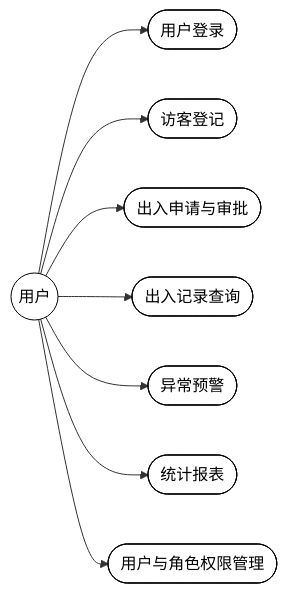
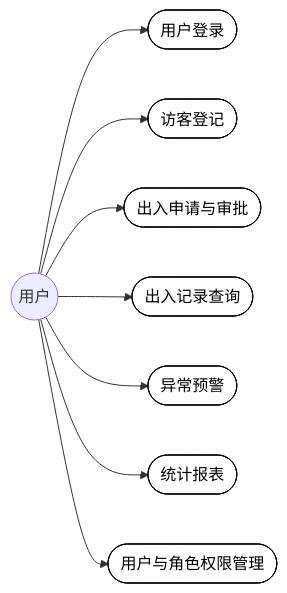
Before and after one commit to carl-Tu/campus-management: the eighth of 8 diagrams in docs/功能需求分析与用例图.md, drawn with Mermaid. The commit also changed other lines of this file, not shown here.

Commit message:
docs: add per-module use case diagrams (3-1 to 3-8)

````diff
--- a/docs/功能需求分析与用例图.md
+++ b/docs/功能需求分析与用例图.md
@@ -72,24 +214,22 @@
 ```mermaid
 flowchart LR
   User(("用户"))
   UC1(["用户登录"])
   UC2(["访客登记"])
   UC3(["出入申请与审批"])
   UC4(["出入记录查询"])
   UC5(["异常预警"])
   UC6(["统计报表"])
   UC7(["用户与角色权限管理"])
 
   User --> UC1
   User --> UC2
   User --> UC3
   User --> UC4
   User --> UC5
   User --> UC6
   User --> UC7
 
   classDef uc fill:#ffffff,stroke:#000000,stroke-width:1px,color:#000000
-  classDef actor fill:#ffffff,stroke:#000000,stroke-width:1px,color:#000000
   class UC1,UC2,UC3,UC4,UC5,UC6,UC7 uc
-  class User actor
 ```
````
